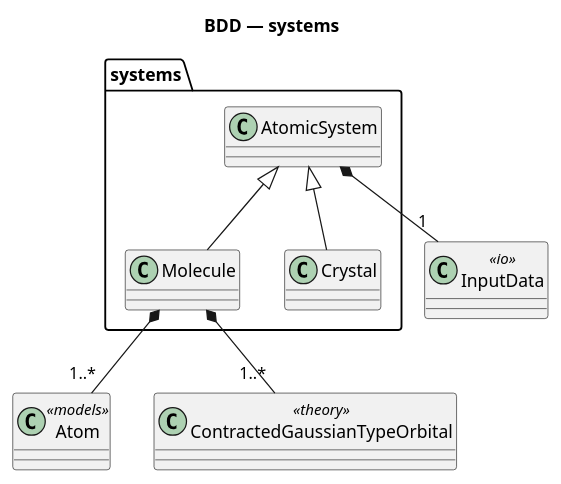
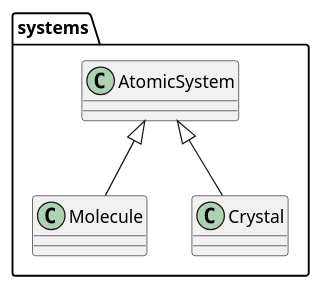
Before and after one commit to milosz-martynow/qBlock: the diagram in architecture/block_definition_diagrams/systems.puml, drawn with PlantUML. The commit also changed 42 other files, not shown here.

```diff
--- a/architecture/block_definition_diagrams/systems.puml
+++ b/architecture/block_definition_diagrams/systems.puml
@@ -1,26 +1,14 @@
 @startuml bdd_systems
-title BDD — systems
 
 package "systems" {
   class AtomicSystem
   class Molecule
   class Crystal
 }
 
-' --- External blocks ---
-class InputData <<io>>
-class Atom <<models>>
-class ContractedGaussianTypeOrbital <<theory>>
-
 ' ═══ Generalization ═══
 
 Molecule -up-|> AtomicSystem
 Crystal -up-|> AtomicSystem
 
-' ═══ Composition ═══
-
-AtomicSystem *-- "1" InputData
-Molecule *-- "1..*" Atom
-Molecule *-- "1..*" ContractedGaussianTypeOrbital
-
 @enduml
```
